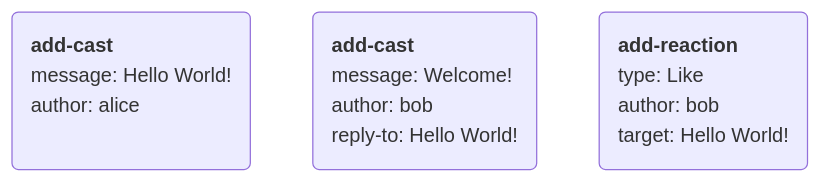
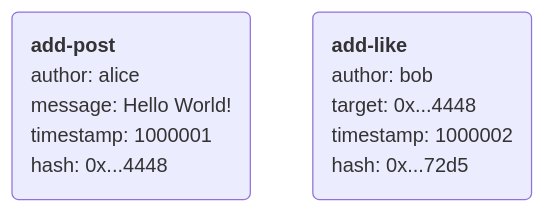
One commit to farcasterxyz/protocol changed the first of 5 diagrams in docs/OVERVIEW.md. Above: the diagram before and after it, drawn with Mermaid. The commit also changed other lines of this file, not shown here.

````diff
--- a/docs/OVERVIEW.md
+++ b/docs/OVERVIEW.md
@@ -139,11 +25,7 @@
 ```mermaid
 flowchart TD
-    W2(<b>add-cast</b> <br> message: Hello World! <br>  author: alice <br><br> )
-    W3(<b>add-cast</b> <br> message: Welcome! <br>  author: bob <br> reply-to: Hello World! <br> )
-    W1(<b>add-reaction</b> <br> type: Like <br>  author: bob <br> target: Hello World! <br> )
-
-
+    W2(<b>add-post</b> <br>  author: alice <br> message: Hello World! <br> timestamp: 1000001 <br> hash: 0x...4448 )
+    W1(<b>add-like</b> <br>  author: bob <br> target: 0x...4448 <br> timestamp: 1000002 <br> hash: 0x...72d5  )
     style W1 text-align:left
     style W2 text-align:left
-    style W3 text-align:left
 ```
````
